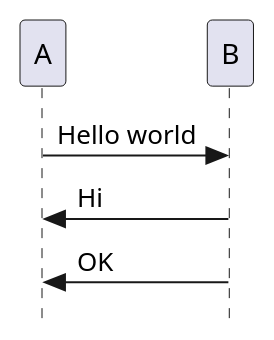
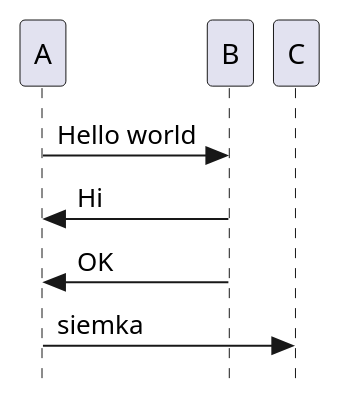
Before and after one commit to sympatiks/test: the diagram in sequence.puml, drawn with PlantUML.

```diff
--- a/sequence.puml
+++ b/sequence.puml
@@ -1,6 +1,7 @@
 @startuml Hello World
 skinparam Style strictuml
 A -> B : Hello world
 B -> A : Hi
 A <- B : OK
+A -> C : siemka
 @enduml
```
